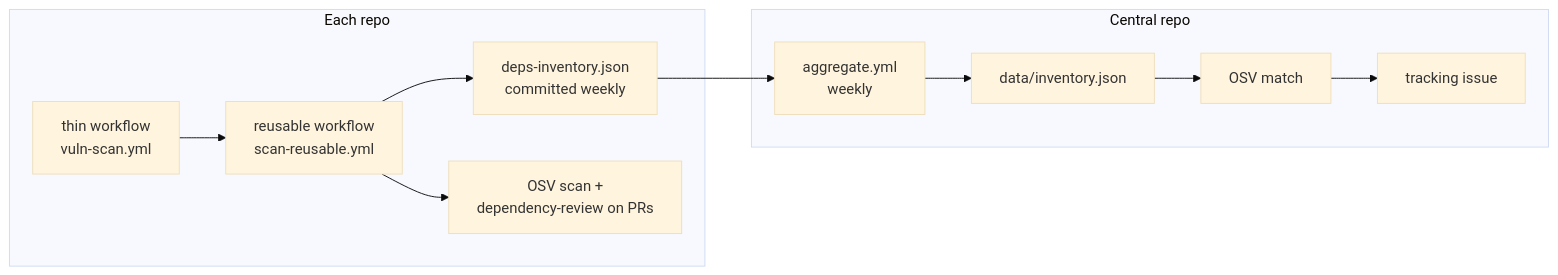
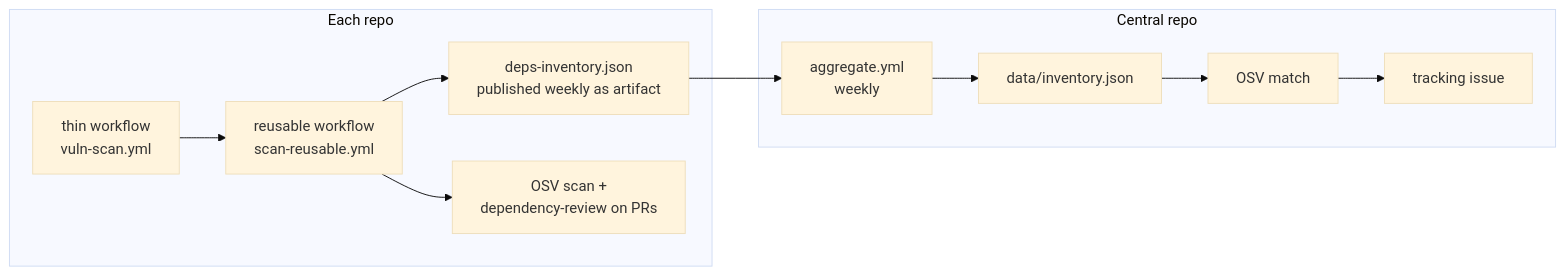
Before and after one commit to reihlinstinct/dependency-inventory: the diagram in README.md, drawn with Mermaid (base theme). The commit also changed other lines of this file and 2 other files, not shown here.

Commit message:
Publish weekly inventory as artifact, drop commit-inventory (#9)
The scheduled scan job no longer commits deps-inventory.json to the
caller repo: it uploads deps-inventory.json + vuln-report.md as a
workflow artifact (30-day retention). Callers drop to contents:read on
every trigger, so no rollout repo needs a contents:write grant or a
Scorecard baseline exception. The commit-inventory input is removed.

````diff
--- a/README.md
+++ b/README.md
@@ -26,13 +26,13 @@
 ```mermaid
 flowchart LR
     subgraph Each repo
         A[thin workflow<br/>vuln-scan.yml] --> B[reusable workflow<br/>scan-reusable.yml]
-        B --> C[deps-inventory.json<br/>committed weekly]
+        B --> C[deps-inventory.json<br/>published weekly as artifact]
         B --> D[OSV scan +<br/>dependency-review on PRs]
     end
     subgraph Central repo
         E[aggregate.yml<br/>weekly] --> F[data/inventory.json]
         F --> G[OSV match] --> H[tracking issue]
     end
     C --> E
 ```
````
